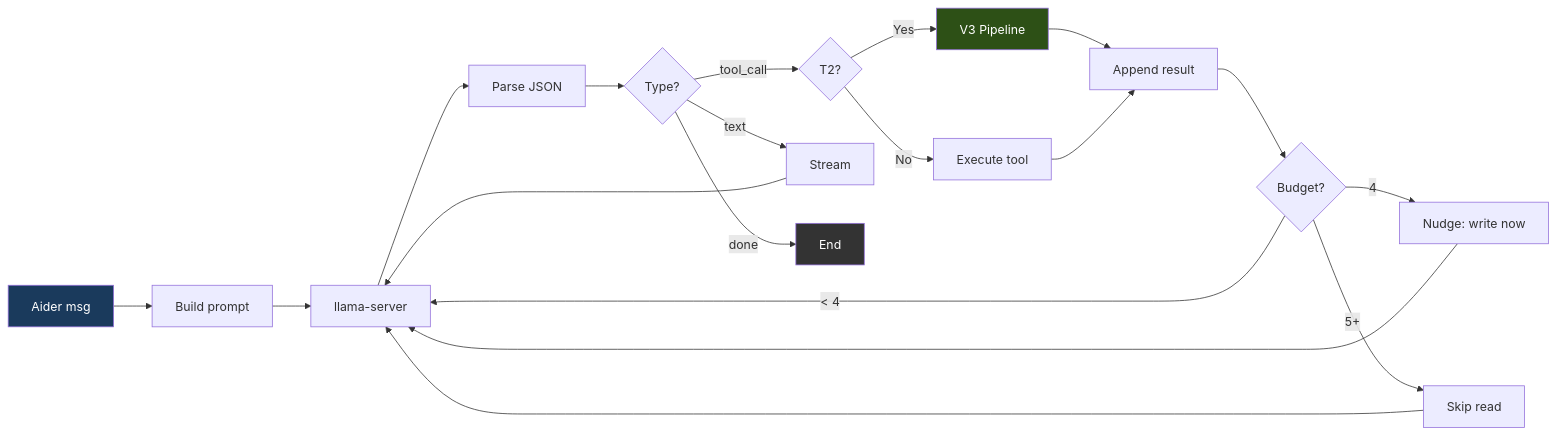
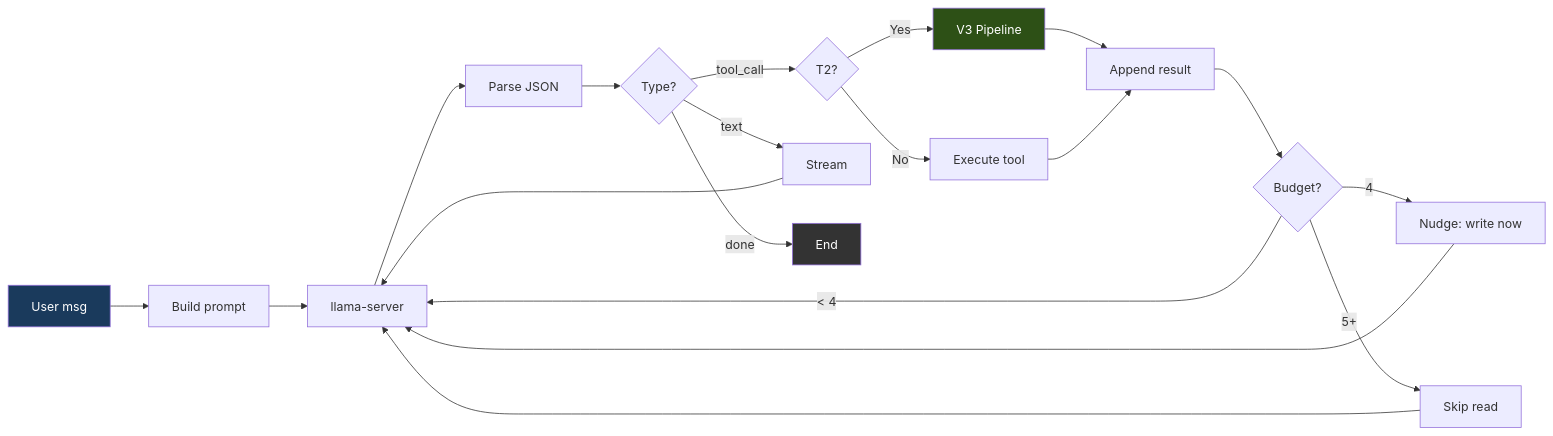
The third of 13 diagrams in docs/ARCHITECTURE.md (itigges22/ATLAS), drawn with Mermaid before and after one commit. The commit also changed other lines of this file and 15 other files, not shown here.

````diff
--- a/docs/ARCHITECTURE.md
+++ b/docs/ARCHITECTURE.md
@@ -90,20 +92,20 @@
 ```mermaid
 flowchart LR
-    Start["Aider msg"] --> Build["Build prompt"] --> Call["llama-server"] --> Parse["Parse JSON"]
+    Start["User msg"] --> Build["Build prompt"] --> Call["llama-server"] --> Parse["Parse JSON"]
     Parse --> Route{Type?}
 
     Route -->|"tool_call"| Tier{"T2?"}
     Tier -->|"Yes"| V3["V3 Pipeline"] --> Result["Append result"]
     Tier -->|"No"| Exec["Execute tool"] --> Result
     Result --> Budget{"Budget?"}
     Budget -->|"< 4"| Call
     Budget -->|"4"| Warn["Nudge: write now"] --> Call
     Budget -->|"5+"| Skip["Skip read"] --> Call
 
     Route -->|"text"| Stream["Stream"] --> Call
     Route -->|"done"| Done["End"]
 
     style Start fill:#1a3a5c,color:#fff
     style Done fill:#333,color:#fff
     style V3 fill:#2d5016,color:#fff
 ```
````
